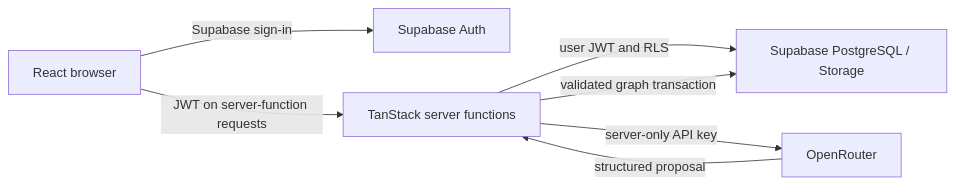
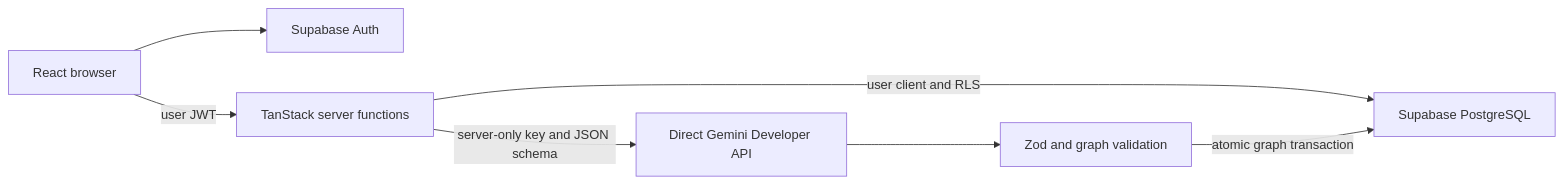
Before and after one commit to YellankiKaushik/Reverse-Engg-VibeSprint: the diagram in docs/SIMPLE_ARCHITECTURE.md, drawn with Mermaid. The commit also changed other lines of this file and 32 other files, not shown here.

Commit message:
Migrate planning to verified Gemini Free Tier with compact graphs

````diff
--- a/docs/SIMPLE_ARCHITECTURE.md
+++ b/docs/SIMPLE_ARCHITECTURE.md
@@ -7,9 +5,9 @@
 ```mermaid
 flowchart LR
-    B[React browser] -->|Supabase sign-in| S[Supabase Auth]
-    B -->|JWT on server-function requests| F[TanStack server functions]
-    F -->|user JWT and RLS| D[Supabase PostgreSQL / Storage]
-    F -->|server-only API key| A[OpenRouter]
-    A -->|structured proposal| F
-    F -->|validated graph transaction| D
+    Browser[React browser] --> Auth[Supabase Auth]
+    Browser -->|user JWT| Server[TanStack server functions]
+    Server -->|user client and RLS| DB[Supabase PostgreSQL]
+    Server -->|server-only key and JSON schema| AI[Direct Gemini Developer API]
+    AI --> Validate[Zod and graph validation]
+    Validate -->|atomic graph transaction| DB
 ```
````
